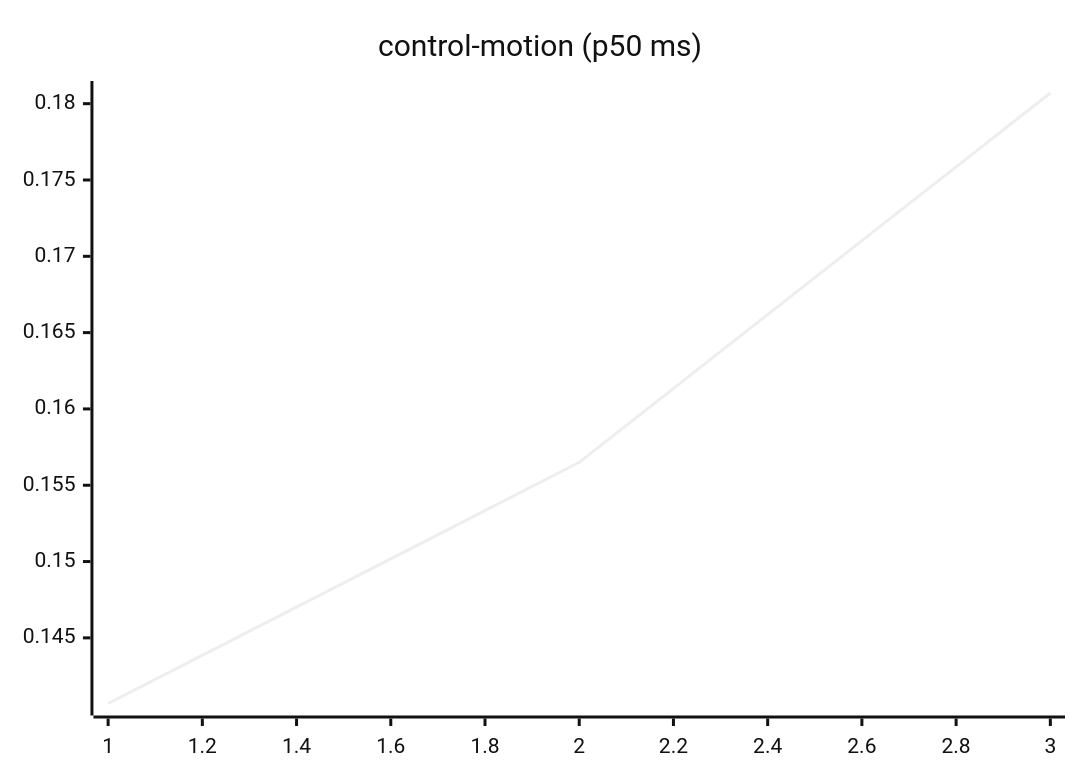
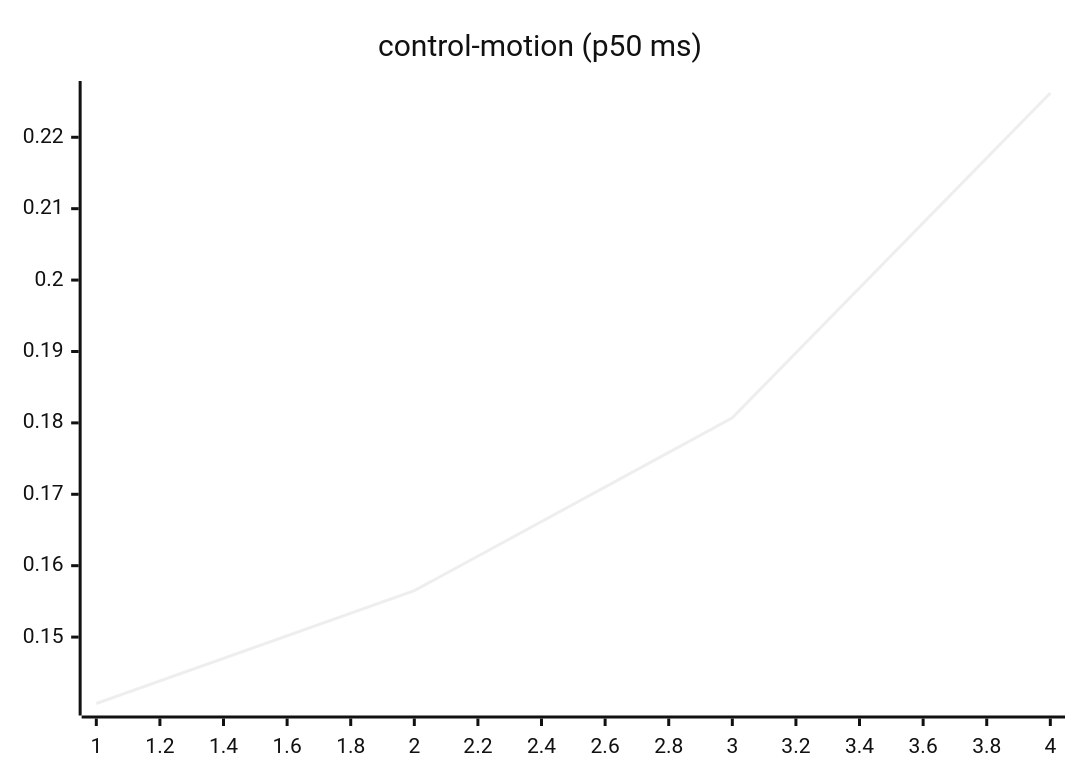
One commit to josha/Facet changed the seventh of 27 diagrams in README.md. Above: the diagram before and after it, drawn with Mermaid (neutral theme). The commit also changed other lines of this file and 2 other files, not shown here.

````diff
--- a/README.md
+++ b/README.md
@@ -105,6 +105,6 @@
 ```mermaid
 xychart-beta
     title "control-motion (p50 ms)"
-    x-axis 1 --> 3
-    line [0.1407, 0.1565, 0.1807]
+    x-axis 1 --> 4
+    line [0.1407, 0.1565, 0.1807, 0.2262]
 ```
````
